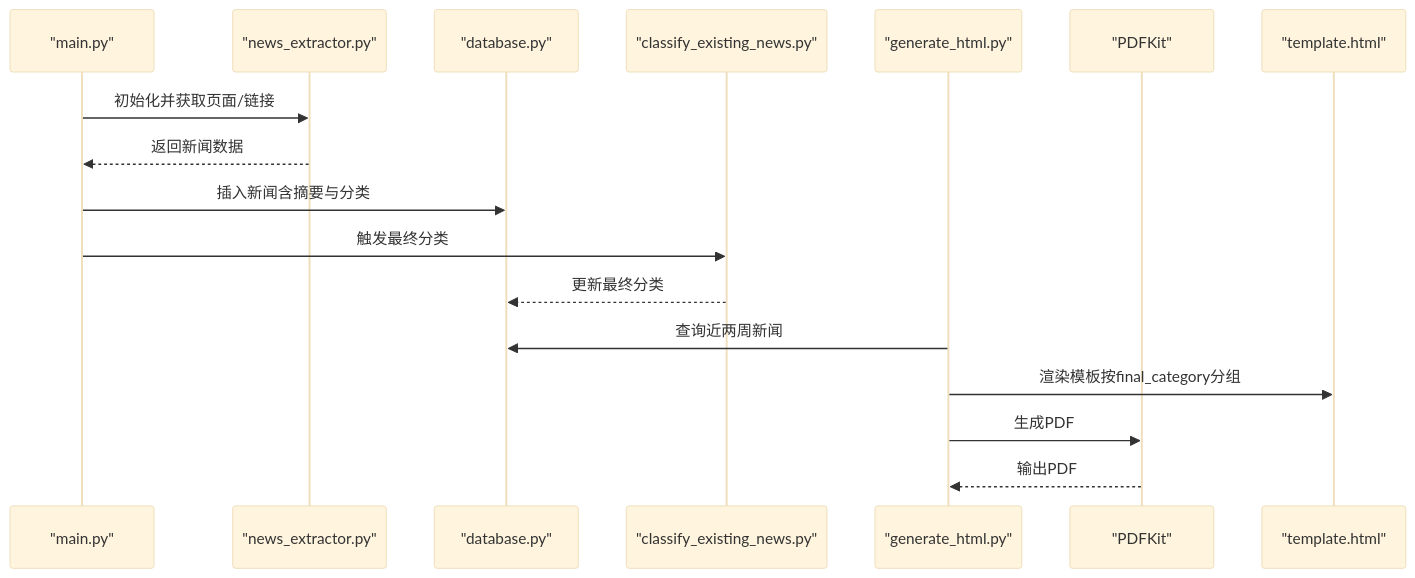
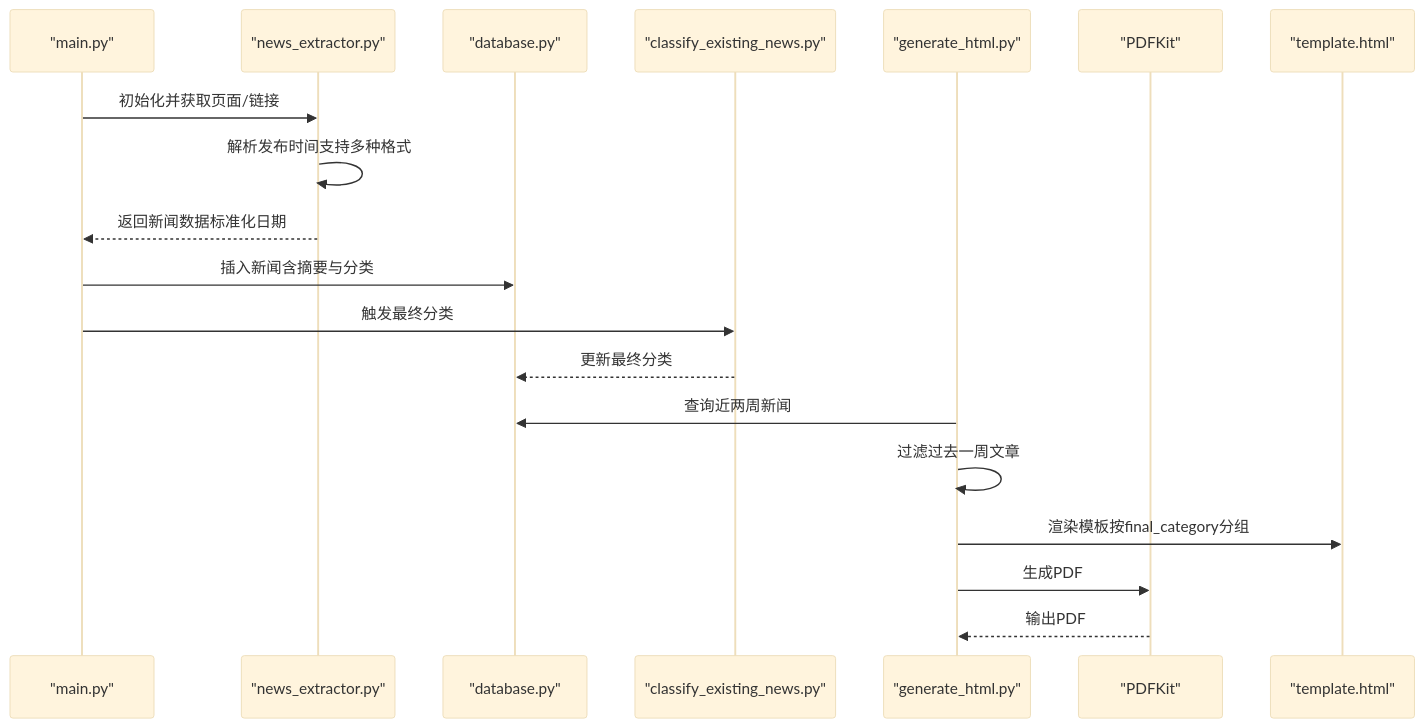
The second of 8 diagrams in .qoder/repowiki/zh/content/报告生成系统/报告生成系统.md (dengwanqian/news-exacter), drawn with Mermaid (base theme) before and after one commit. The commit also changed other lines of this file and 8 other files, not shown here.

````diff
--- a/.qoder/repowiki/zh/content/报告生成系统/报告生成系统.md
+++ b/.qoder/repowiki/zh/content/报告生成系统/报告生成系统.md
@@ -100,19 +120,21 @@
 ```mermaid
 sequenceDiagram
 participant Main as "main.py"
 participant Extractor as "news_extractor.py"
 participant DB as "database.py"
 participant Classifier as "classify_existing_news.py"
 participant HTMLGen as "generate_html.py"
 participant PDF as "PDFKit"
 participant Tpl as "template.html"
 Main->>Extractor : 初始化并获取页面/链接
-Extractor-->>Main : 返回新闻数据
+Extractor->>Extractor : 解析发布时间支持多种格式
+Extractor-->>Main : 返回新闻数据标准化日期
 Main->>DB : 插入新闻含摘要与分类
 Main->>Classifier : 触发最终分类
 Classifier-->>DB : 更新最终分类
 HTMLGen->>DB : 查询近两周新闻
+HTMLGen->>HTMLGen : 过滤过去一周文章
 HTMLGen->>Tpl : 渲染模板按final_category分组
 HTMLGen->>PDF : 生成PDF
 PDF-->>HTMLGen : 输出PDF
 ```
````
